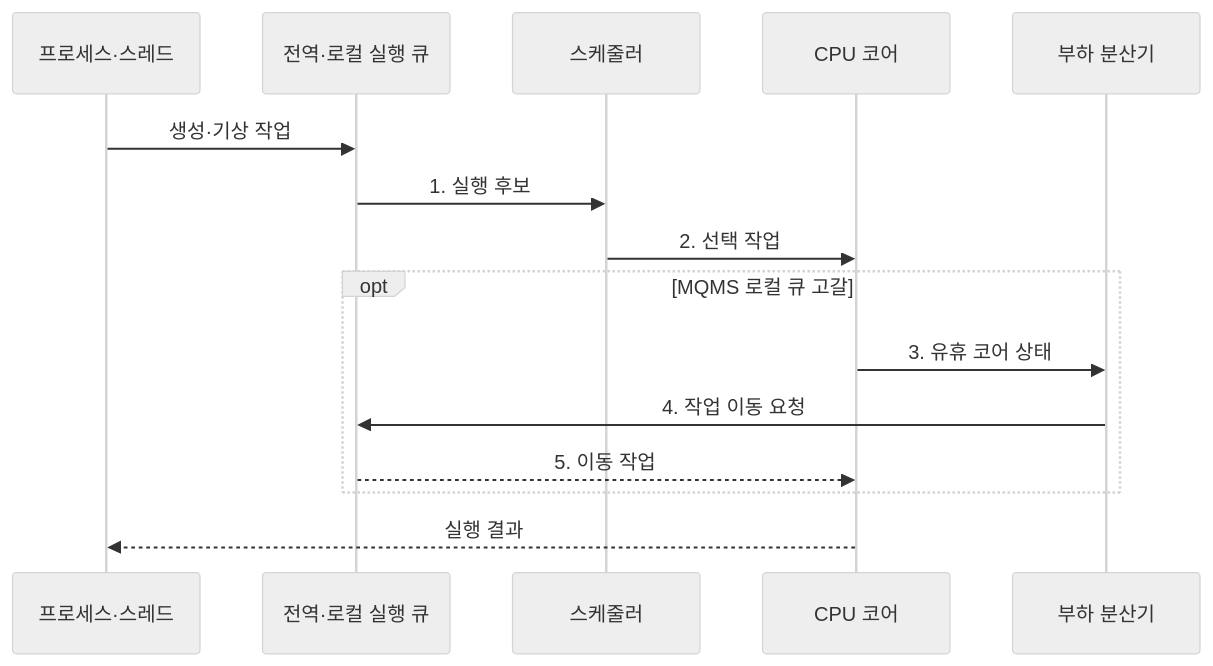
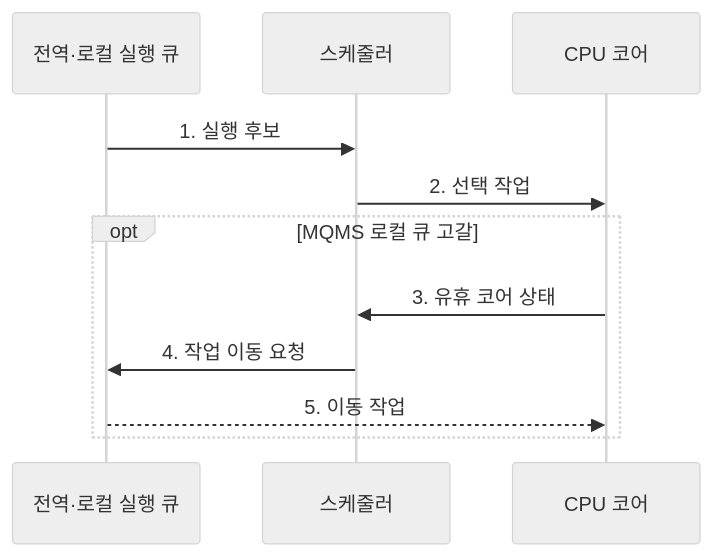
One commit to agnusdei1207/knowledge-base changed the second of 2 diagrams in src/content/docs/notes/03-software/028_multiprocessor_scheduling_sqms_mqms.md. Above: the diagram before and after it, drawn with Mermaid (neutral theme). The commit also changed 8 other files, not shown here.

Commit message:
Focus software system diagrams

````diff
--- a/src/content/docs/notes/03-software/028_multiprocessor_scheduling_sqms_mqms.md
+++ b/src/content/docs/notes/03-software/028_multiprocessor_scheduling_sqms_mqms.md
@@ -107,17 +107,13 @@
 ```mermaid
 sequenceDiagram
-    participant T as 프로세스·스레드
     participant Q as 전역·로컬 실행 큐
     participant S as 스케줄러
     participant C as CPU 코어
-    participant B as 부하 분산기
-    T->>Q: 생성·기상 작업
     Q->>S: 1. 실행 후보
     S->>C: 2. 선택 작업
     opt MQMS 로컬 큐 고갈
-        C->>B: 3. 유휴 코어 상태
-        B->>Q: 4. 작업 이동 요청
+        C->>S: 3. 유휴 코어 상태
+        S->>Q: 4. 작업 이동 요청
         Q-->>C: 5. 이동 작업
     end
-    C-->>T: 실행 결과
 ```
````
